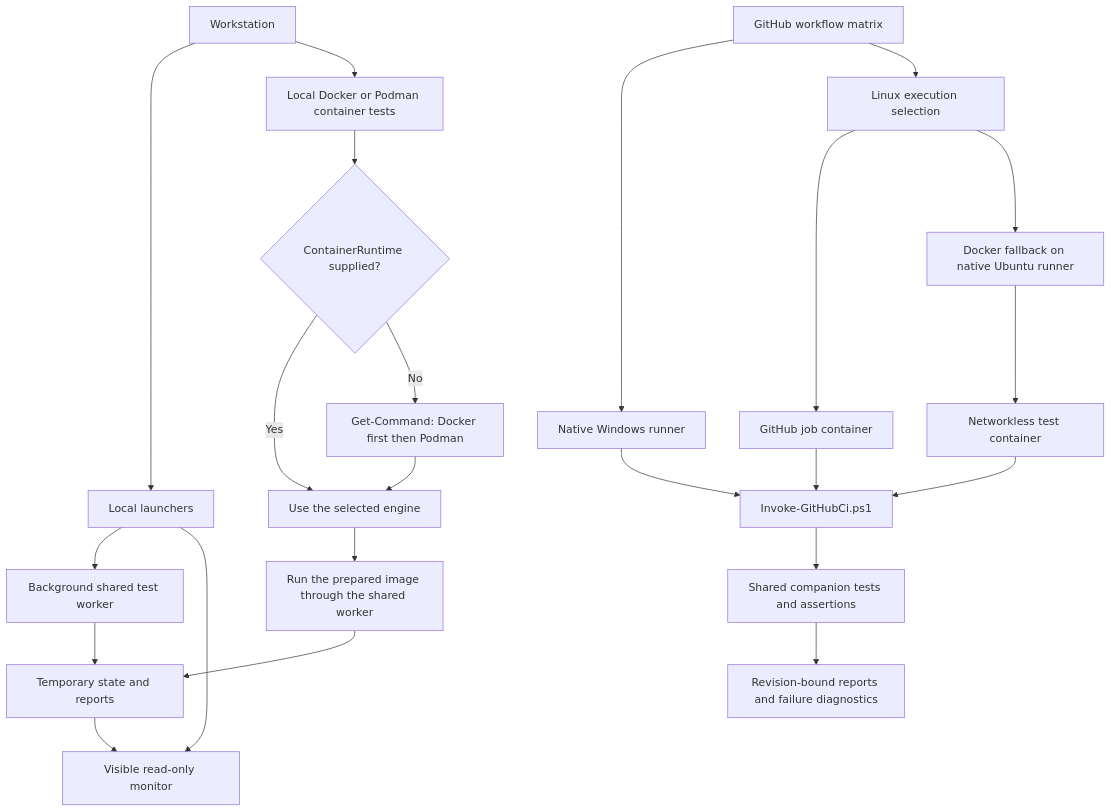
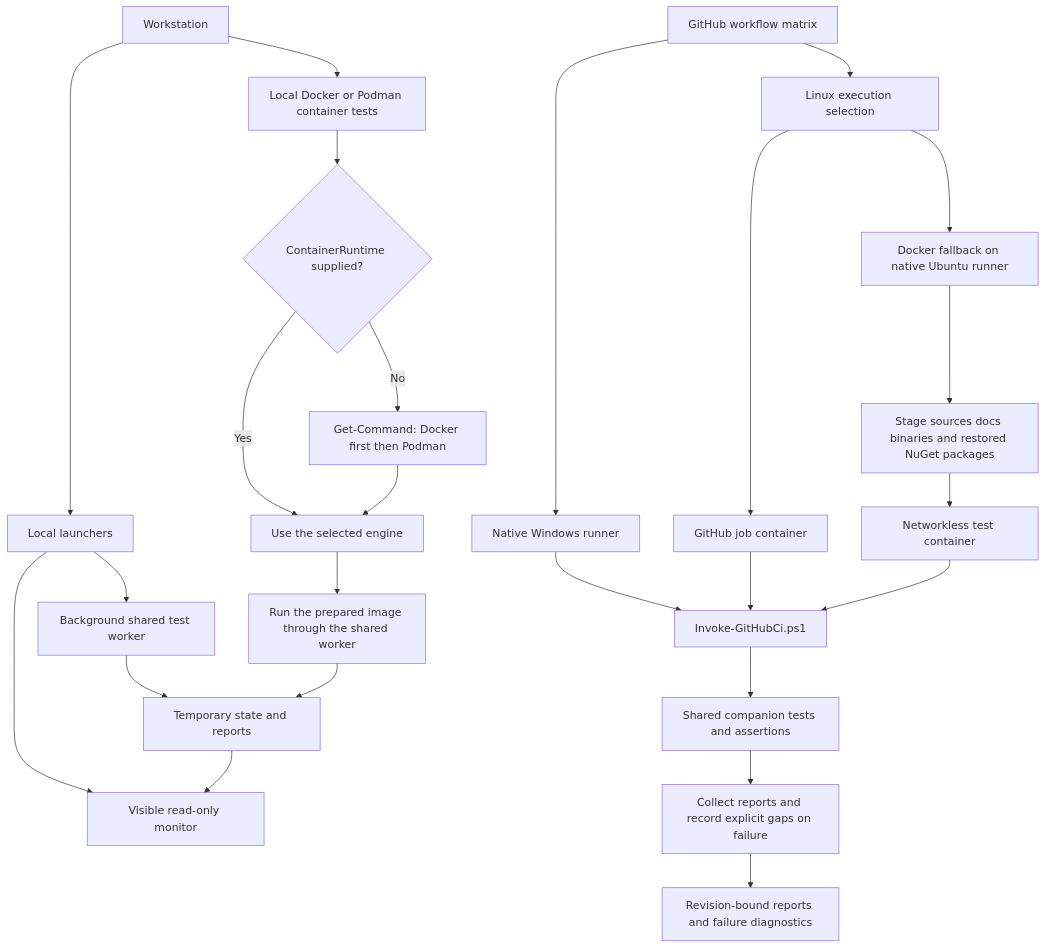
One commit to FrenchExDev2/QuietCli.PoSh changed the first of 5 diagrams in docs/ci/execution-model.md. Above: the diagram before and after it, drawn with Mermaid. The commit also changed 28 other files, not shown here.

````diff
--- a/docs/ci/execution-model.md
+++ b/docs/ci/execution-model.md
@@ -16,25 +16,27 @@
 ```mermaid
 flowchart TD
     A[Workstation] --> L[Local launchers]
     L --> W[Background shared test worker]
     L --> M[Visible read-only monitor]
     W --> R[Temporary state and reports]
     R --> M
     A --> P[Local Docker or Podman container tests]
     P --> VR{ContainerRuntime supplied?}
     VR -- Yes --> VE[Use the selected engine]
     VR -- No --> VA[Get-Command: Docker first then Podman]
     VA --> VE
     VE --> VC[Run the prepared image through the shared worker]
     VC --> R
     G[GitHub workflow matrix] --> GW[Native Windows runner]
     G --> GL[Linux execution selection]
     GW --> E[Invoke-GitHubCi.ps1]
     GL --> C[GitHub job container]
     GL --> D[Docker fallback on native Ubuntu runner]
     C --> E
-    D --> DC[Networkless test container]
+    D --> S[Stage sources docs binaries and restored NuGet packages]
+    S --> DC[Networkless test container]
     DC --> E
     E --> T[Shared companion tests and assertions]
-    T --> F[Revision-bound reports and failure diagnostics]
+    T --> B[Collect reports and record explicit gaps on failure]
+    B --> F[Revision-bound reports and failure diagnostics]
 ```
````
